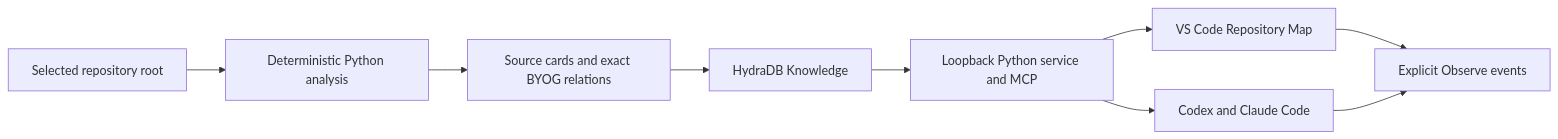
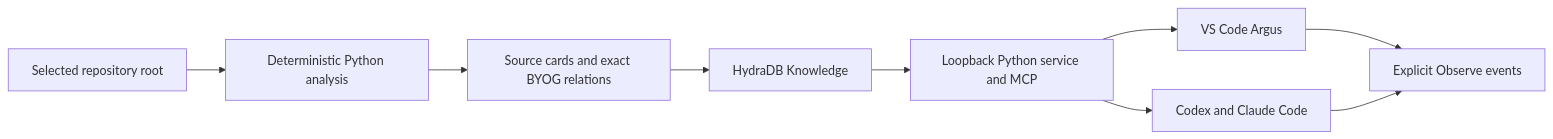
The diagram in docs/README.md (RETR0-OS/RepoMapper), drawn with Mermaid before and after one commit. The commit also changed other lines of this file and 15 other files, not shown here.

````diff
--- a/docs/README.md
+++ b/docs/README.md
@@ -20,11 +20,11 @@
 ```mermaid
 flowchart LR
     Repo["Selected repository root"] --> Analyzer["Deterministic Python analysis"]
     Analyzer --> Cards["Source cards and exact BYOG relations"]
     Cards --> HydraDB["HydraDB Knowledge"]
     HydraDB --> Service["Loopback Python service and MCP"]
-    Service --> Views["VS Code Repository Map"]
+    Service --> Views["VS Code Argus"]
     Service --> Agents["Codex and Claude Code"]
     Views --> Events["Explicit Observe events"]
     Agents --> Events
 ```
````
